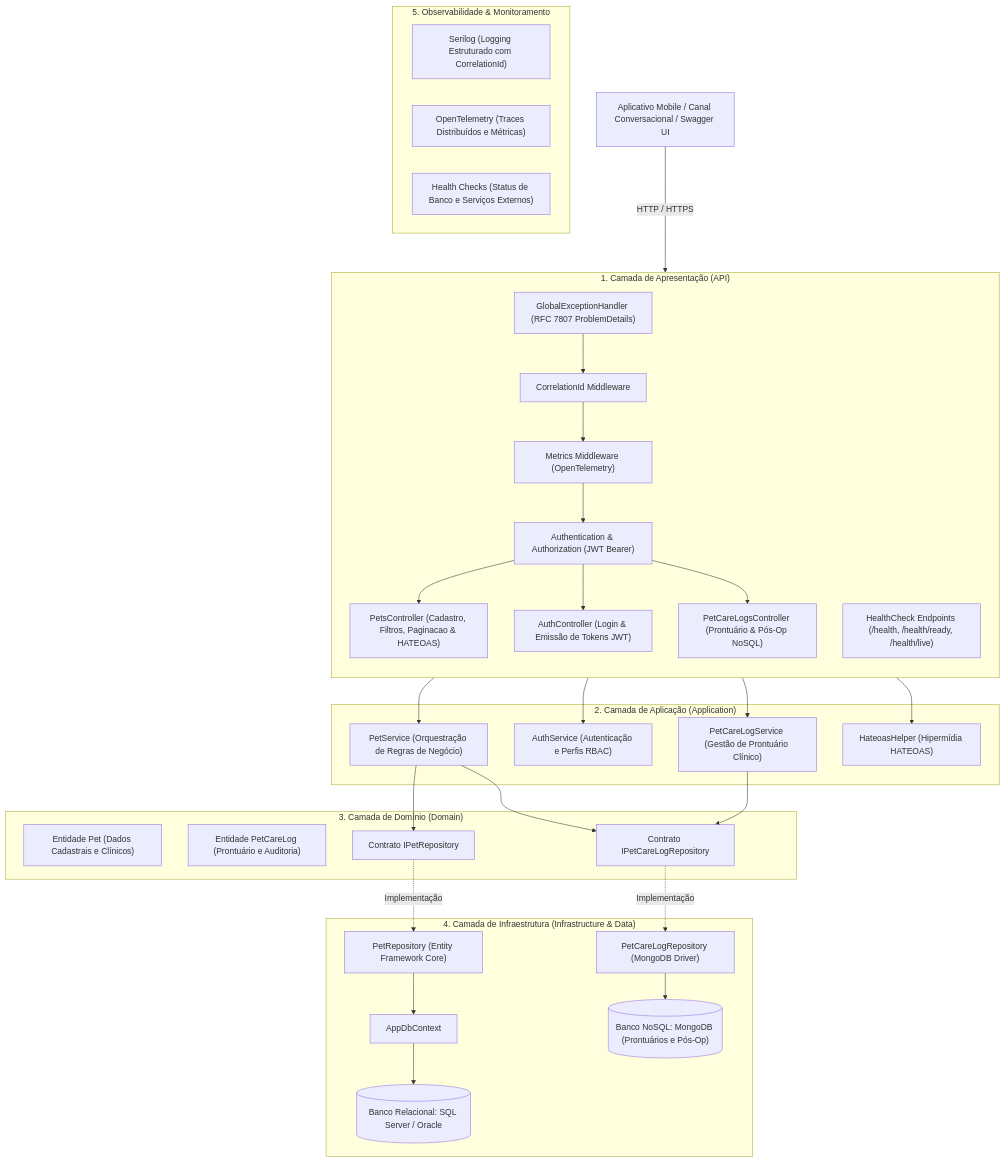
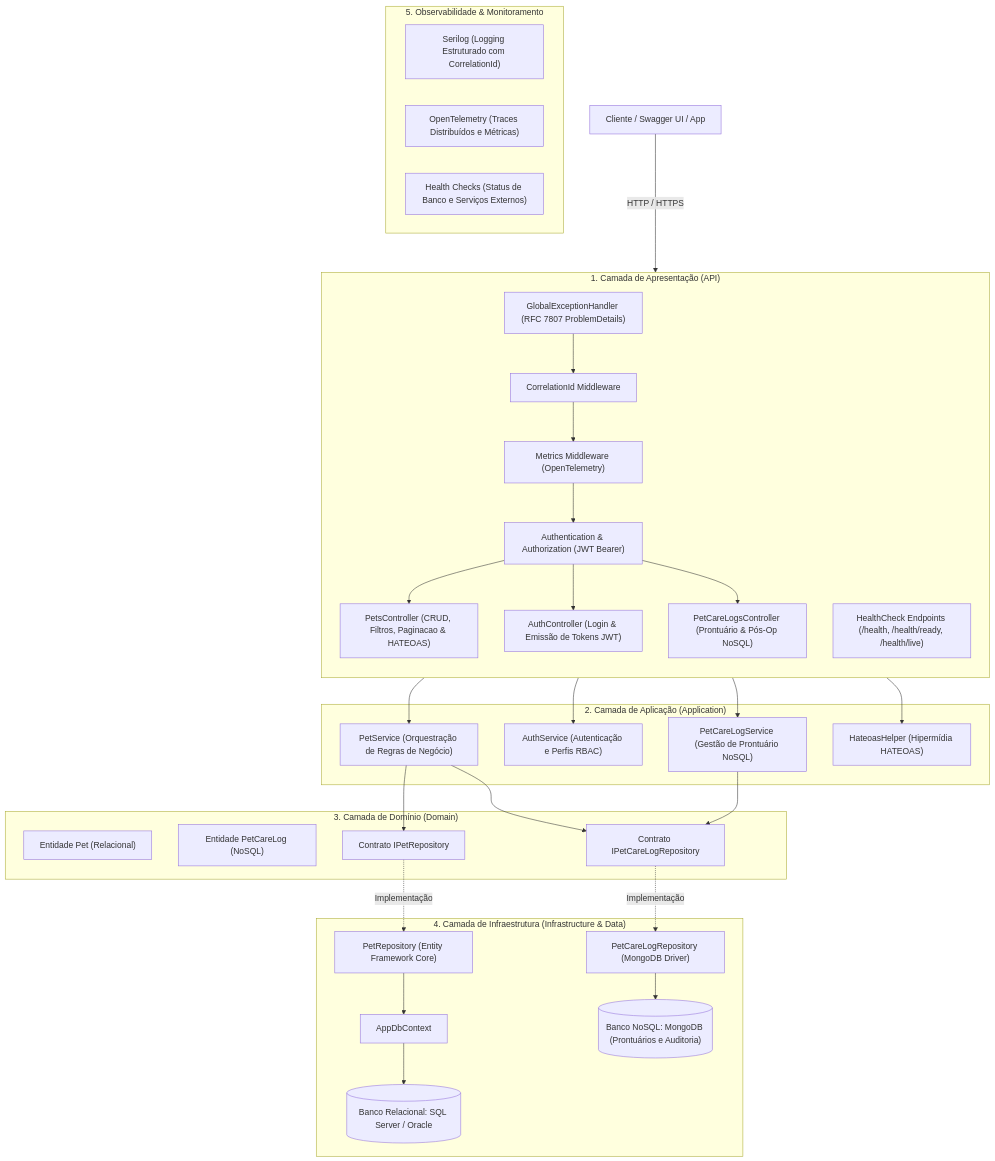
Before and after one commit to GabSolano/PetHealth: the diagram in README.md, drawn with Mermaid. The commit also changed other lines of this file and 17 other files, not shown here.

````diff
--- a/README.md
+++ b/README.md
@@ -40,64 +40,64 @@
 ```mermaid
 flowchart TD
-    Client["Aplicativo Mobile / Canal Conversacional / Swagger UI"] -->|HTTP / HTTPS| Presentation
+    Client["Cliente / Swagger UI / App"] -->|HTTP / HTTPS| Presentation
 
     subgraph Presentation["1. Camada de Apresentação (API)"]
         direction TB
         M_Exception["GlobalExceptionHandler (RFC 7807 ProblemDetails)"]
         M_Correlation["CorrelationId Middleware"]
         M_Metrics["Metrics Middleware (OpenTelemetry)"]
         Auth_Middleware["Authentication & Authorization (JWT Bearer)"]
         
-        PetsCtrl["PetsController (Cadastro, Filtros, Paginacao & HATEOAS)"]
+        PetsCtrl["PetsController (CRUD, Filtros, Paginacao & HATEOAS)"]
         AuthCtrl["AuthController (Login & Emissão de Tokens JWT)"]
         CareCtrl["PetCareLogsController (Prontuário & Pós-Op NoSQL)"]
         HealthCtrl["HealthCheck Endpoints (/health, /health/ready, /health/live)"]
     end
 
     M_Exception --> M_Correlation --> M_Metrics --> Auth_Middleware
     Auth_Middleware --> PetsCtrl
     Auth_Middleware --> AuthCtrl
     Auth_Middleware --> CareCtrl
 
     subgraph Application["2. Camada de Aplicação (Application)"]
         PetService["PetService (Orquestração de Regras de Negócio)"]
         AuthService["AuthService (Autenticação e Perfis RBAC)"]
-        CareService["PetCareLogService (Gestão de Prontuário Clínico)"]
+        CareService["PetCareLogService (Gestão de Prontuário NoSQL)"]
         HateoasHelper["HateoasHelper (Hipermídia HATEOAS)"]
     end
 
     PetsCtrl --> PetService
     PetsCtrl --> HateoasHelper
     AuthCtrl --> AuthService
     CareCtrl --> CareService
 
     subgraph Domain["3. Camada de Domínio (Domain)"]
-        PetEntity["Entidade Pet (Dados Cadastrais e Clínicos)"]
-        CareLogEntity["Entidade PetCareLog (Prontuário e Auditoria)"]
+        PetEntity["Entidade Pet (Relacional)"]
+        CareLogEntity["Entidade PetCareLog (NoSQL)"]
         IPetRepo["Contrato IPetRepository"]
         ICareRepo["Contrato IPetCareLogRepository"]
     end
 
     PetService --> IPetRepo
     PetService --> ICareRepo
     CareService --> ICareRepo
 
     subgraph Infrastructure["4. Camada de Infraestrutura (Infrastructure & Data)"]
         PetRepoImpl["PetRepository (Entity Framework Core)"]
         CareRepoImpl["PetCareLogRepository (MongoDB Driver)"]
         AppDb["AppDbContext"]
         RelationalDb[("Banco Relacional: SQL Server / Oracle")]
-        NoSqlDb[("Banco NoSQL: MongoDB (Prontuários e Pós-Op)")]
+        NoSqlDb[("Banco NoSQL: MongoDB (Prontuários e Auditoria)")]
     end
 
     IPetRepo -.->|Implementação| PetRepoImpl
     ICareRepo -.->|Implementação| CareRepoImpl
     PetRepoImpl --> AppDb --> RelationalDb
     CareRepoImpl --> NoSqlDb
 
     subgraph Observability["5. Observabilidade & Monitoramento"]
         SerilogLog["Serilog (Logging Estruturado com CorrelationId)"]
         OTel["OpenTelemetry (Traces Distribuídos e Métricas)"]
         HC["Health Checks (Status de Banco e Serviços Externos)"]
     end
 ```
````
